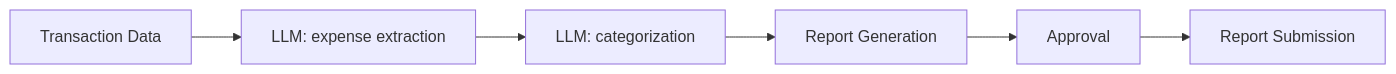
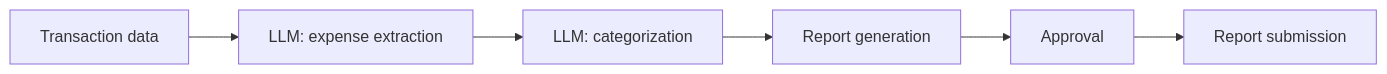
One commit to all-mute/learn-agents changed the sixth of 12 diagrams in cognitive-book/docs/junior/_workflows-examples-p2.mdx. Above: the diagram before and after it, drawn with Mermaid. The commit also changed other lines of this file and 93 other files, not shown here.

````diff
--- a/cognitive-book/docs/junior/_workflows-examples-p2.mdx
+++ b/cognitive-book/docs/junior/_workflows-examples-p2.mdx
@@ -320,8 +320,8 @@
 ```mermaid
 flowchart LR
-    Transactions[Transaction Data] --> Extract[LLM: expense extraction]
+    Transactions[Transaction data] --> Extract[LLM: expense extraction]
     Extract --> Categorize[LLM: categorization]
-    Categorize --> Summary[Report Generation]
+    Categorize --> Summary[Report generation]
     Summary --> Approve[Approval]
-    Approve --> Done[Report Submission]
+    Approve --> Done[Report submission]
 ```
````
